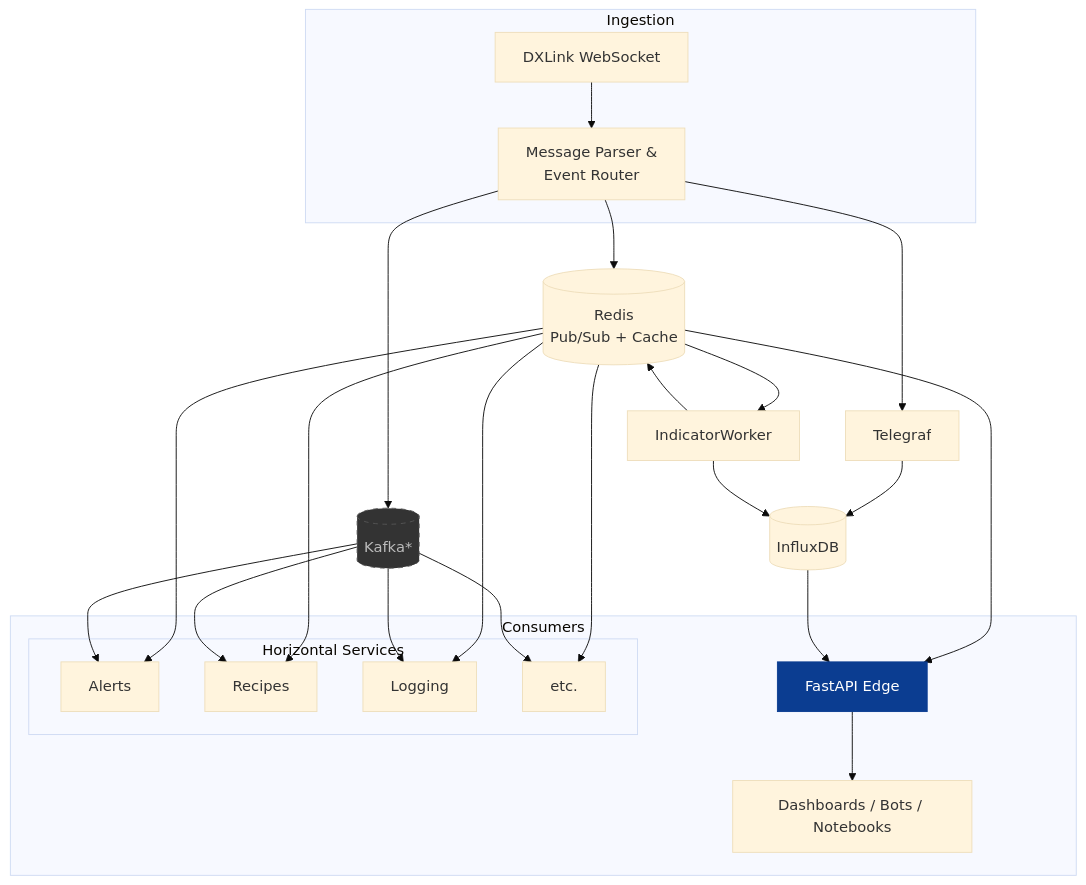
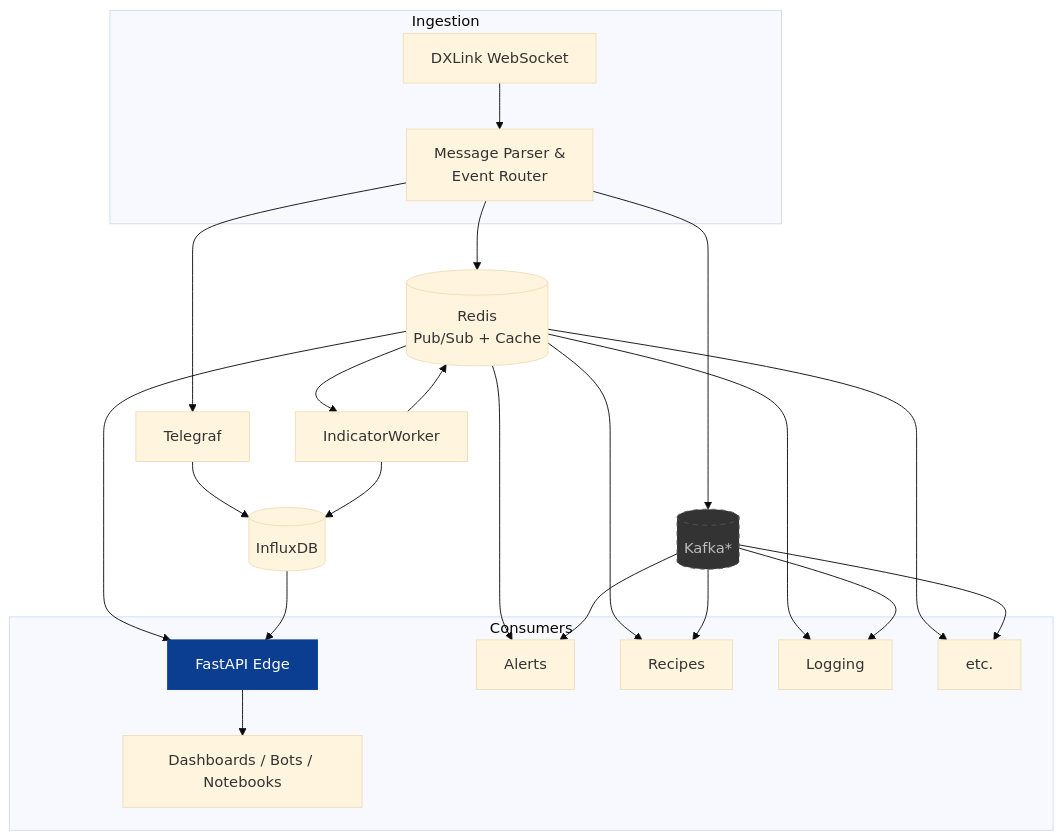
One commit to xmandeng/tastytrade_sdk changed the first of 2 diagrams in README.md. Above: the diagram before and after it, drawn with Mermaid (base theme).

Commit message:
docs: remove 'Horizontal Services' caption from diagram

````diff
--- a/README.md
+++ b/README.md
@@ -107,49 +107,48 @@
 ```mermaid
 flowchart TB
    %% Ingestion Layer
    subgraph INGEST[Ingestion]
       WS[DXLink WebSocket]
       PARSER[Message Parser &<br/>Event Router]
       WS --> PARSER
    end
 
    %% Core Spine
    PARSER --> TELEGRAF[Telegraf]
    PARSER --> REDIS[(Redis<br/>Pub/Sub + Cache)]
    PARSER --> KAFKA[(Kafka*)]
    TELEGRAF --> INFLUX[(InfluxDB)]
 
    %% Enrichment Worker (loop back)
    REDIS --> WORKER[IndicatorWorker]
    WORKER --> REDIS
    WORKER --> INFLUX
 
    %% Consumer Layer (edge clients + horizontal internal services aligned)
-   subgraph CONSUMERS[Consumers]
-      FASTAPI[FastAPI Edge]
-      CLIENTS[Dashboards / Bots / Notebooks]
-      subgraph H[Horizontal Services]
+      subgraph CONSUMERS[Consumers]
+         FASTAPI[FastAPI Edge]
+         CLIENTS[Dashboards / Bots / Notebooks]
+         %% Horizontal service nodes (no caption box)
          ALERTS[Alerts]
          RECIPES[Recipes]
          LOGGING[Logging]
          ETC[etc.]
       end
-   end
 
    %% Bus connections
    REDIS --> FASTAPI
    INFLUX --> FASTAPI
    FASTAPI --> CLIENTS
    REDIS --> ALERTS
    REDIS --> RECIPES
    REDIS --> LOGGING
    REDIS --> ETC
    KAFKA --> ALERTS
    KAFKA --> RECIPES
    KAFKA --> LOGGING
    KAFKA --> ETC
 
    classDef opt fill:#333,stroke:#555,color:#bbb,stroke-dasharray:5 5;
    class KAFKA opt;
    style FASTAPI fill:#0b3d91,stroke:#0b3d91,color:#fff
 ```
````
